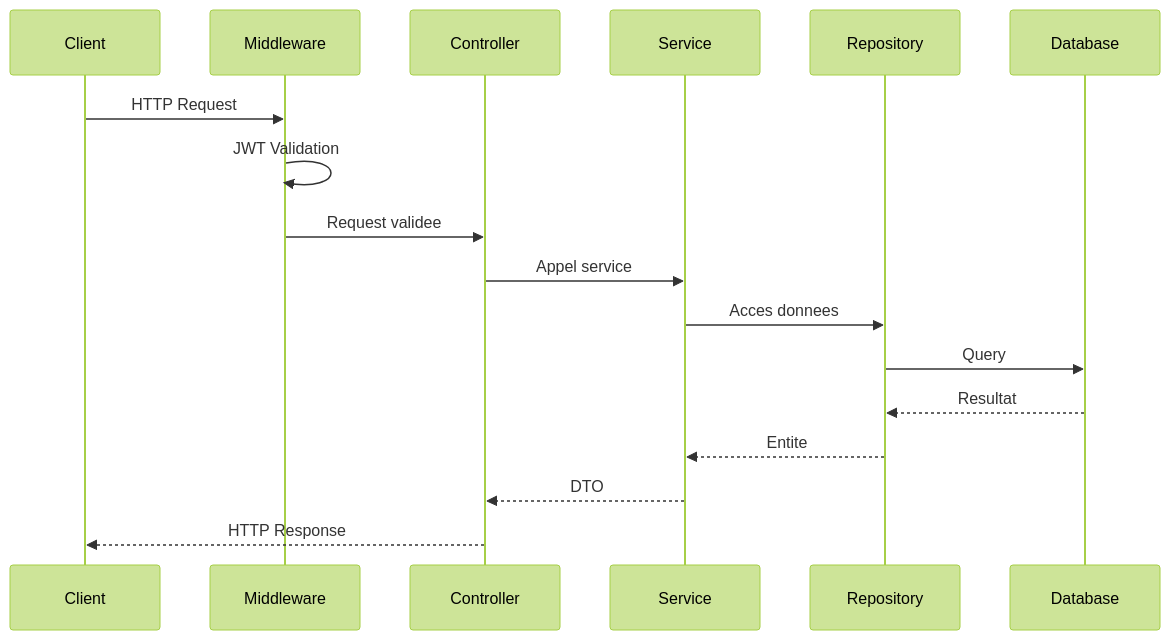
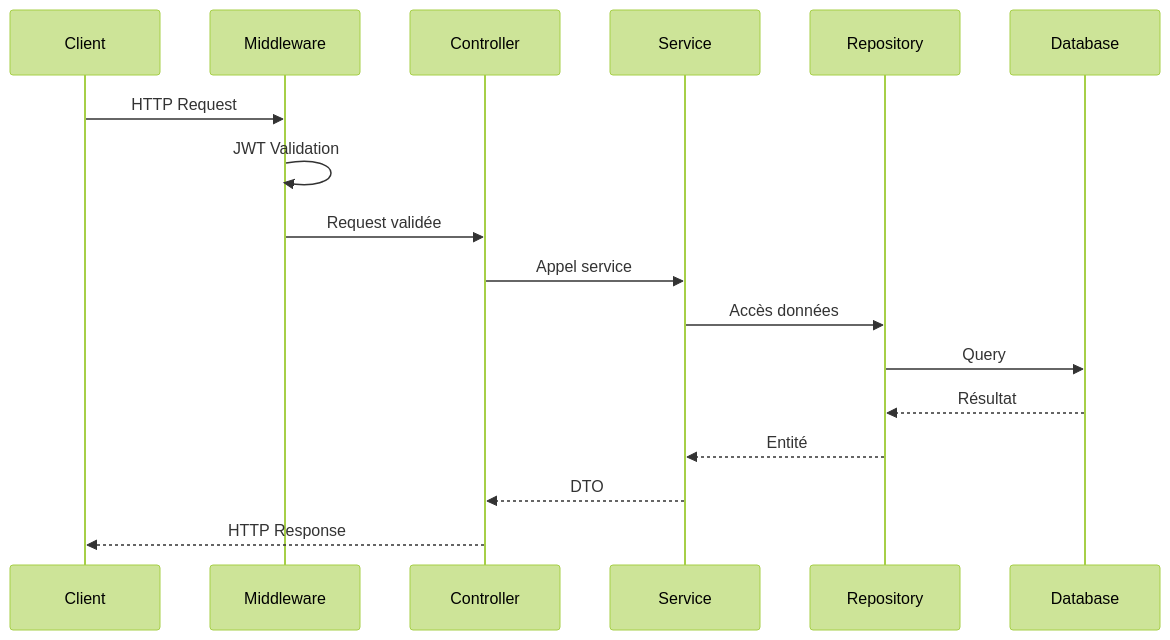
Before and after one commit to HugoRytlewski/AdvancedDevSampleFinal: the second of 5 diagrams in docs/architecture.md, drawn with Mermaid (forest theme). The commit also changed other lines of this file and 7 other files, not shown here.

````diff
--- a/docs/architecture.md
+++ b/docs/architecture.md
@@ -56,20 +56,20 @@
 ```mermaid
 sequenceDiagram
     participant Client
     participant Middleware
     participant Controller
     participant Service
     participant Repository
     participant Database
     
     Client->>Middleware: HTTP Request
     Middleware->>Middleware: JWT Validation
-    Middleware->>Controller: Request validee
+    Middleware->>Controller: Request validée
     Controller->>Service: Appel service
-    Service->>Repository: Acces donnees
+    Service->>Repository: Accès données
     Repository->>Database: Query
-    Database-->>Repository: Resultat
-    Repository-->>Service: Entite
+    Database-->>Repository: Résultat
+    Repository-->>Service: Entité
     Service-->>Controller: DTO
     Controller-->>Client: HTTP Response
 ```
````
